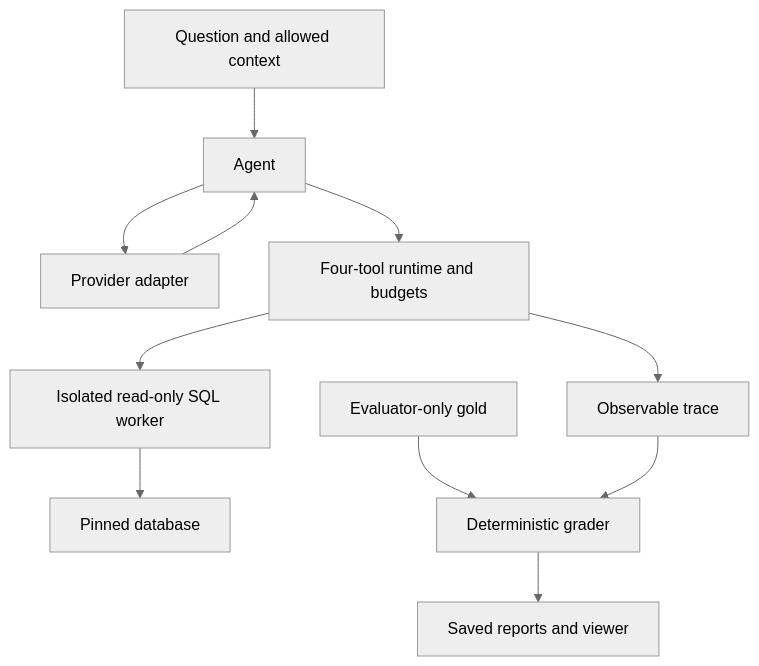
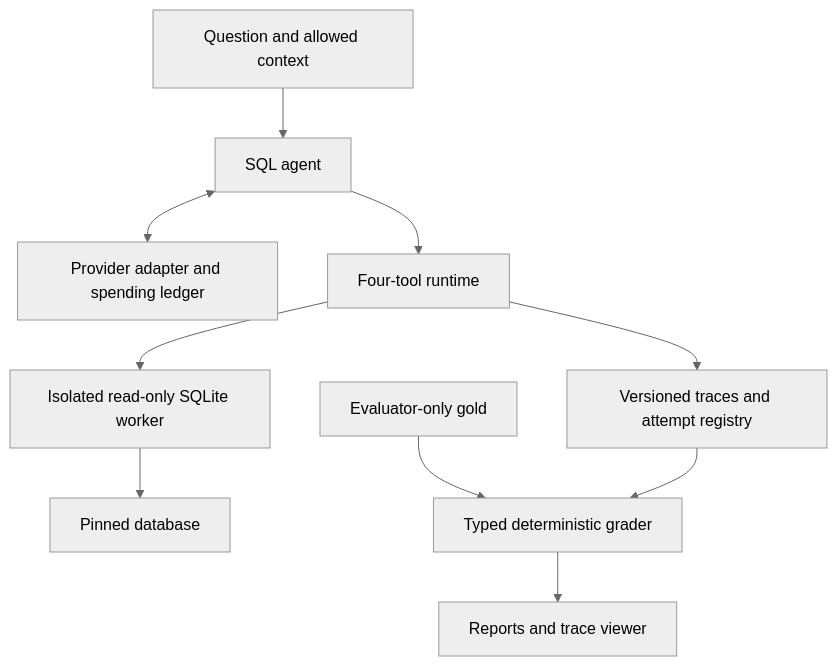
One commit to Jill-Vekariya/agent-reliability-harness changed the diagram in README.md. Above: the diagram before and after it, drawn with Mermaid (neutral theme). The commit also changed other lines of this file and 16 other files, not shown here.

````diff
--- a/README.md
+++ b/README.md
@@ -54,13 +11,12 @@
 ```mermaid
 flowchart TD
-    Q["Question and allowed context"] --> A["Agent"]
-    A --> P["Provider adapter"]
-    P --> A
-    A --> T["Four-tool runtime and budgets"]
-    T --> W["Isolated read-only SQL worker"]
+    Q["Question and allowed context"] --> A["SQL agent"]
+    A <--> P["Provider adapter and spending ledger"]
+    A --> T["Four-tool runtime"]
+    T --> W["Isolated read-only SQLite worker"]
     W --> D["Pinned database"]
-    T --> R["Observable trace"]
-    G["Evaluator-only gold"] --> E["Deterministic grader"]
+    T --> R["Versioned traces and attempt registry"]
+    G["Evaluator-only gold"] --> E["Typed deterministic grader"]
     R --> E
-    E --> V["Saved reports and viewer"]
+    E --> V["Reports and trace viewer"]
 ```
````
